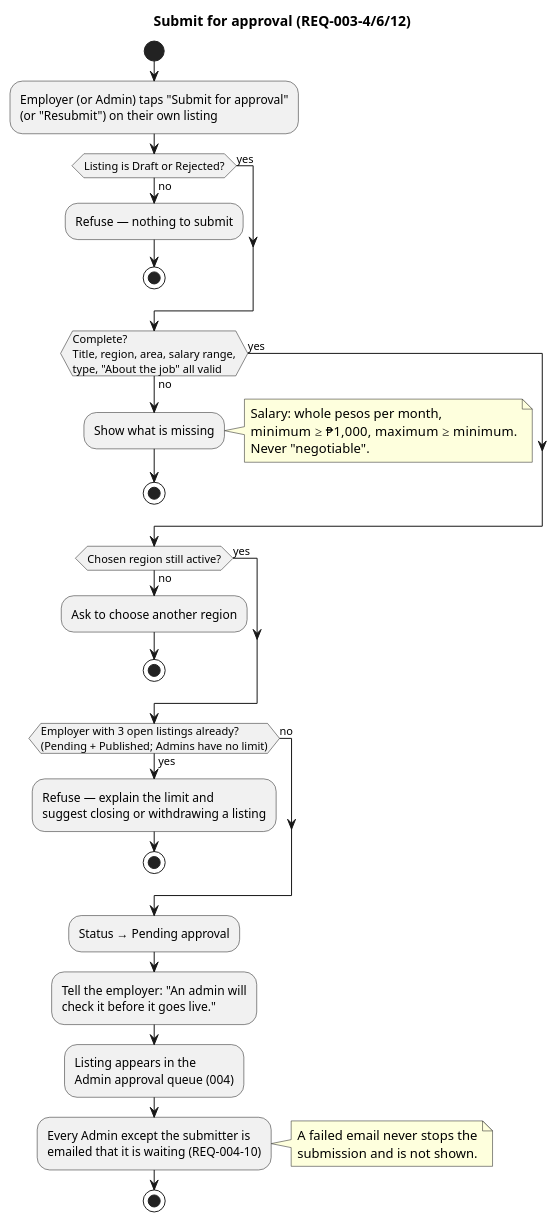
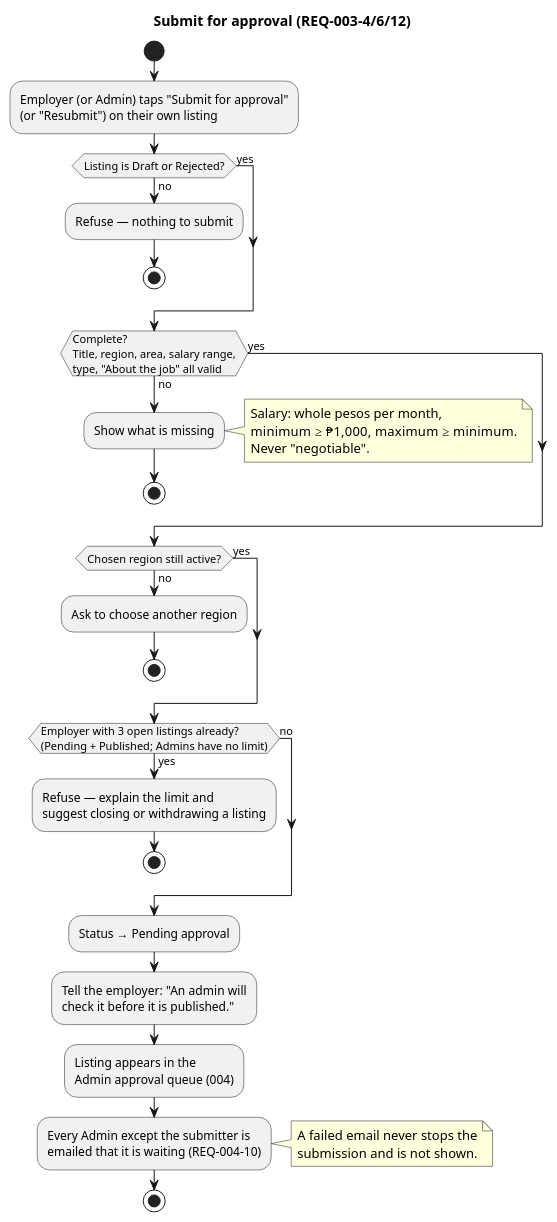
One commit to raseniero/jairojobs-elixir changed the diagram in docs/specs/003-listings-employer-posting/diagrams/activity-submit-for-approval.puml. Above: the diagram before and after it, drawn with PlantUML. The commit also changed 38 other files, not shown here.

Commit message:
refactor(listings): the Published status is called "Published" on screens, in email and in the Admin list's address, no longer "Live" (REQ-003-9, REQ-003-10, REQ-004-3, REQ-004-7, REQ-004-9)

```diff
--- a/docs/specs/003-listings-employer-posting/diagrams/activity-submit-for-approval.puml
+++ b/docs/specs/003-listings-employer-posting/diagrams/activity-submit-for-approval.puml
@@ -1,46 +1,46 @@
 @startuml activity-submit-for-approval
 ' Spec 003 — what a complete listing is, submitting, the free-tier limit (REQ-003-4, -6, -12)
 title Submit for approval (REQ-003-4/6/12)
 
 start
 :Employer (or Admin) taps "Submit for approval"
 (or "Resubmit") on their own listing;
 if (Listing is Draft or Rejected?) then (no)
   :Refuse — nothing to submit;
   stop
 else (yes)
 endif
 if (Complete?\nTitle, region, area, salary range,\ntype, "About the job" all valid) then (no)
   :Show what is missing;
   note right
     Salary: whole pesos per month,
     minimum ≥ ₱1,000, maximum ≥ minimum.
     Never "negotiable".
   end note
   stop
 else (yes)
 endif
 if (Chosen region still active?) then (no)
   :Ask to choose another region;
   stop
 else (yes)
 endif
 if (Employer with 3 open listings already?\n(Pending + Published; Admins have no limit)) then (yes)
   :Refuse — explain the limit and
   suggest closing or withdrawing a listing;
   stop
 else (no)
 endif
 :Status → Pending approval;
 :Tell the employer: "An admin will
-check it before it goes live.";
+check it before it is published.";
 :Listing appears in the
 Admin approval queue (004);
 :Every Admin except the submitter is
 emailed that it is waiting (REQ-004-10);
 note right
   A failed email never stops the
   submission and is not shown.
 end note
 stop
 @enduml
```
